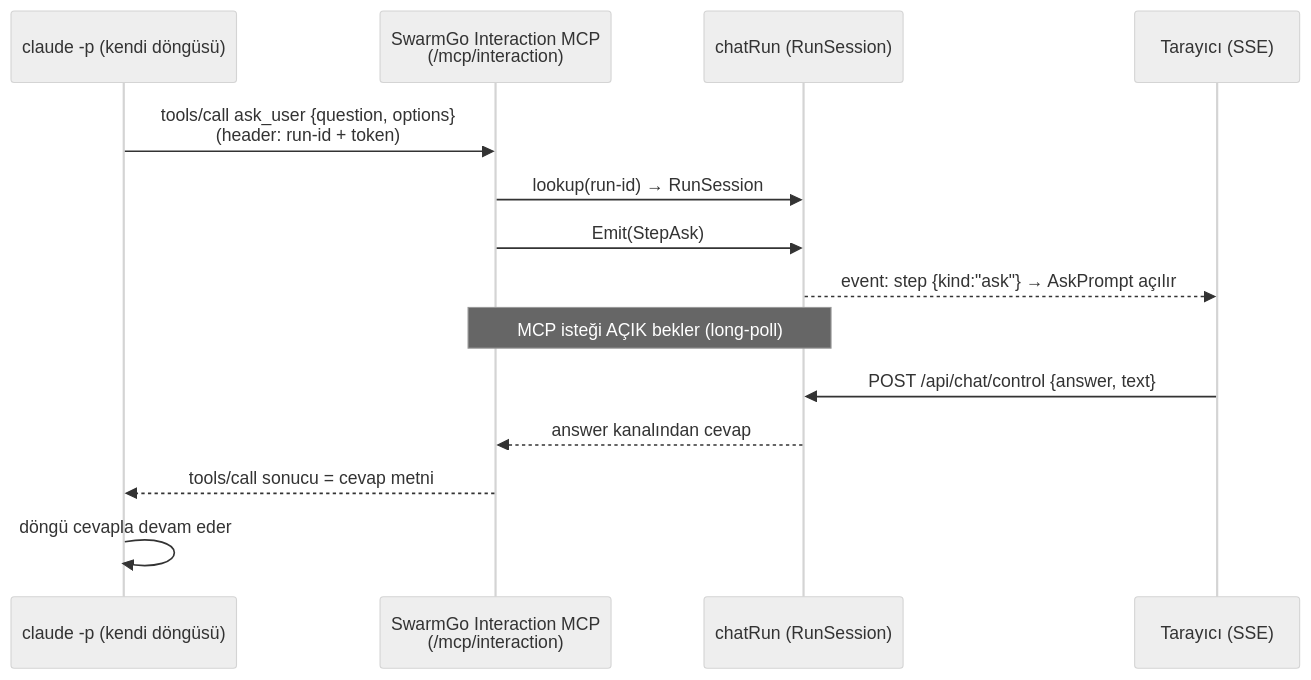
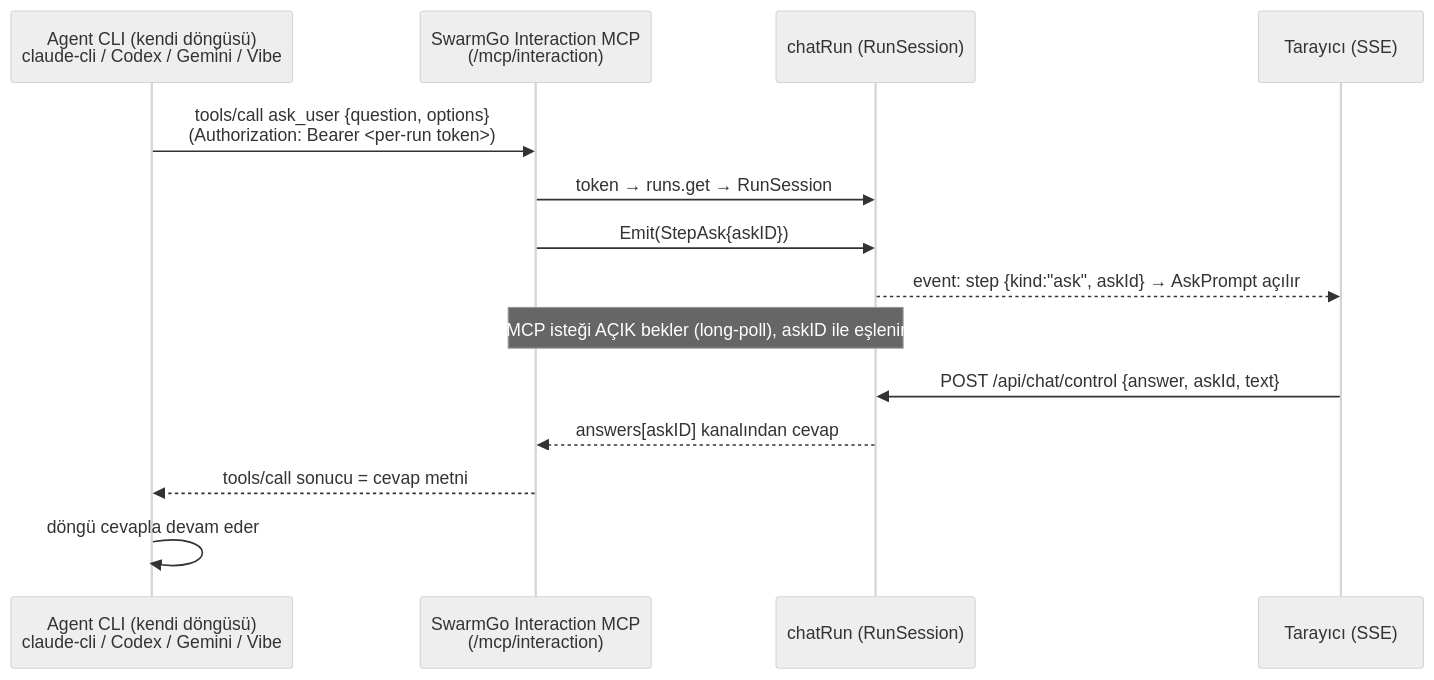
The second of 2 diagrams in _Docs/11-INTERACTION-MCP.md (bilal-arikan/tionharness), drawn with Mermaid (neutral theme) before and after one commit. The commit also changed other lines of this file, not shown here.

First line of the commit message:
docs: make Interaction MCP design CLI-agnostic and add Faz 0 spike results

````diff
--- a/_Docs/11-INTERACTION-MCP.md
+++ b/_Docs/11-INTERACTION-MCP.md
@@ -73,17 +84,17 @@
 ```mermaid
 sequenceDiagram
-    participant CLI as claude -p (kendi döngüsü)
+    participant CLI as Agent CLI (kendi döngüsü)<br/>claude-cli / Codex / Gemini / Vibe
     participant MCP as SwarmGo Interaction MCP<br/>(/mcp/interaction)
     participant Run as chatRun (RunSession)
     participant UI as Tarayıcı (SSE)
 
-    CLI->>MCP: tools/call ask_user {question, options}<br/>(header: run-id + token)
-    MCP->>Run: lookup(run-id) → RunSession
-    MCP->>Run: Emit(StepAsk)
-    Run-->>UI: event: step {kind:"ask"} → AskPrompt açılır
-    Note over MCP,Run: MCP isteği AÇIK bekler (long-poll)
-    UI->>Run: POST /api/chat/control {answer, text}
-    Run-->>MCP: answer kanalından cevap
+    CLI->>MCP: tools/call ask_user {question, options}<br/>(Authorization: Bearer <per-run token>)
+    MCP->>Run: token → runs.get → RunSession
+    MCP->>Run: Emit(StepAsk{askID})
+    Run-->>UI: event: step {kind:"ask", askId} → AskPrompt açılır
+    Note over MCP,Run: MCP isteği AÇIK bekler (long-poll), askID ile eşlenir
+    UI->>Run: POST /api/chat/control {answer, askId, text}
+    Run-->>MCP: answers[askID] kanalından cevap
     MCP-->>CLI: tools/call sonucu = cevap metni
     CLI->>CLI: döngü cevapla devam eder
 ```
````
